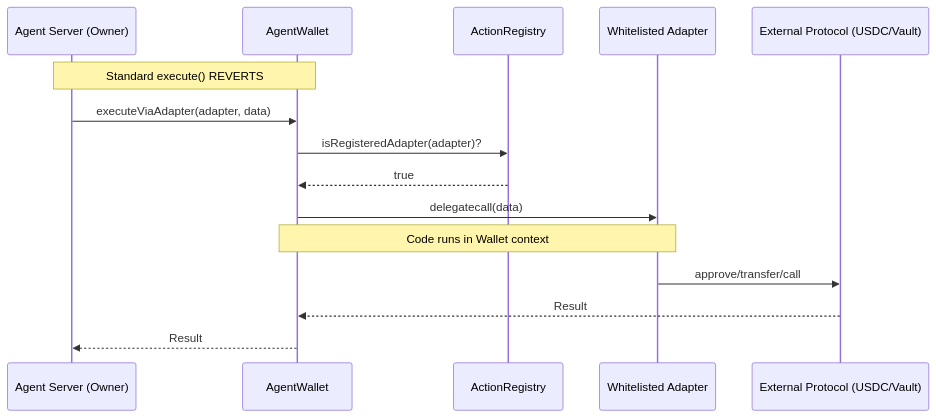
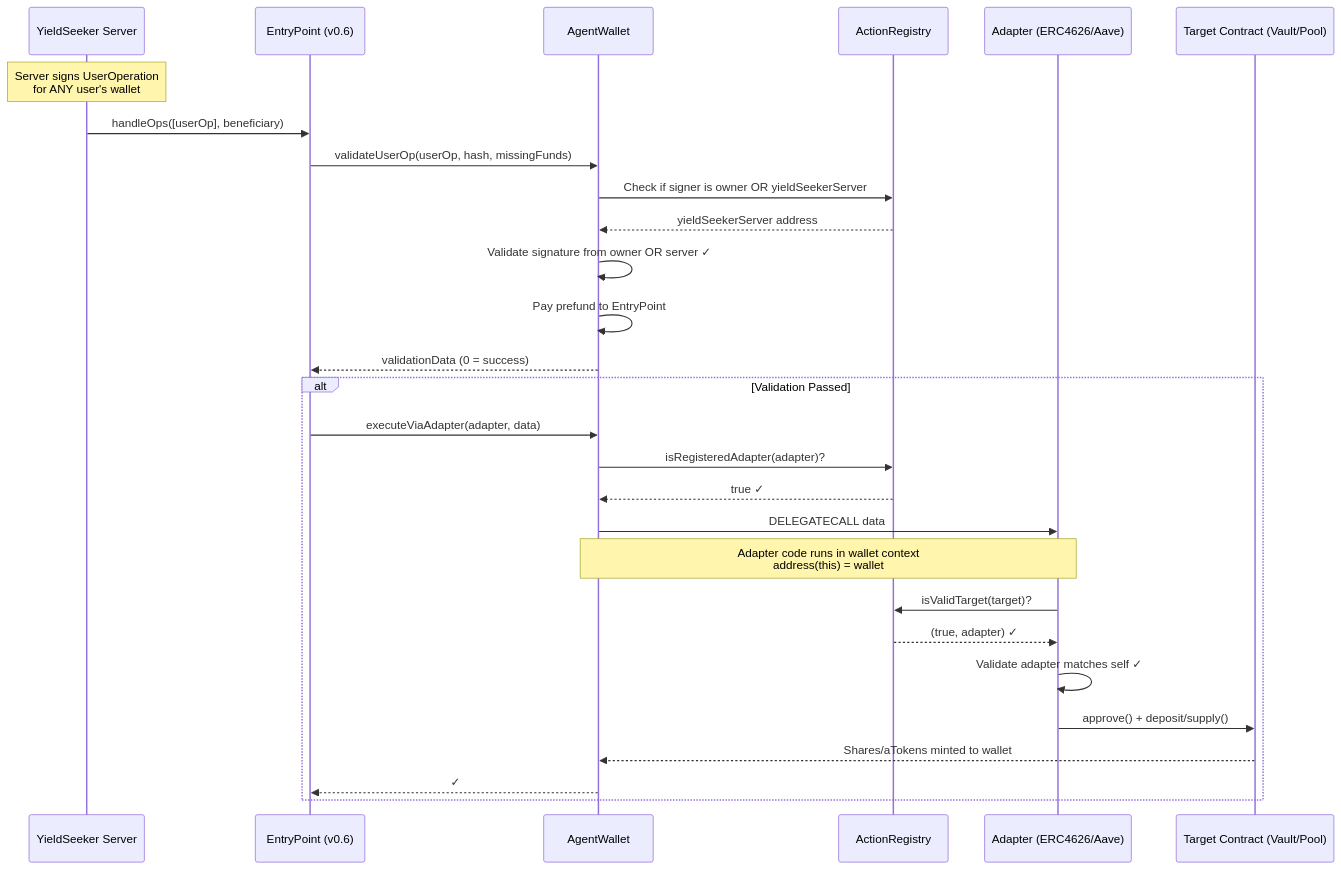
One commit to tokenpage/yieldseeker-contracts changed the first of 3 diagrams in blockchain4/README.md. Above: the diagram before and after it, drawn with Mermaid. The commit also changed other lines of this file, not shown here.

````diff
--- a/blockchain4/README.md
+++ b/blockchain4/README.md
@@ -31,19 +74,33 @@
 ```mermaid
 sequenceDiagram
-    participant Server as Agent Server (Owner)
+    participant Server as YieldSeeker Server
+    participant EP as EntryPoint (v0.6)
     participant Wallet as AgentWallet
     participant Registry as ActionRegistry
-    participant Adapter as Whitelisted Adapter
-    participant Target as External Protocol (USDC/Vault)
+    participant Adapter as Adapter (ERC4626/Aave)
+    participant Target as Target Contract (Vault/Pool)
 
-    Note over Server, Wallet: Standard execute() REVERTS
+    Note over Server: Server signs UserOperation<br/>for ANY user's wallet
 
-    Server->>Wallet: executeViaAdapter(adapter, data)
-    Wallet->>Registry: isRegisteredAdapter(adapter)?
-    Registry-->>Wallet: true
-    Wallet->>Adapter: delegatecall(data)
-    Note over Wallet, Adapter: Code runs in Wallet context
-    Adapter->>Target: approve/transfer/call
-    Target-->>Wallet: Result
-    Wallet-->>Server: Result
+    Server->>EP: handleOps([userOp], beneficiary)
+    EP->>Wallet: validateUserOp(userOp, hash, missingFunds)
+    Wallet->>Registry: Check if signer is owner OR yieldSeekerServer
+    Registry-->>Wallet: yieldSeekerServer address
+    Wallet->>Wallet: Validate signature from owner OR server ✓
+    Wallet->>Wallet: Pay prefund to EntryPoint
+    Wallet-->>EP: validationData (0 = success)
+
+    alt Validation Passed
+        EP->>Wallet: executeViaAdapter(adapter, data)
+        Wallet->>Registry: isRegisteredAdapter(adapter)?
+        Registry-->>Wallet: true ✓
+        Wallet->>Adapter: DELEGATECALL data
+        Note over Wallet, Adapter: Adapter code runs in wallet context<br/>address(this) = wallet
+        Adapter->>Registry: isValidTarget(target)?
+        Registry-->>Adapter: (true, adapter) ✓
+        Adapter->>Adapter: Validate adapter matches self ✓
+        Adapter->>Target: approve() + deposit/supply()
+        Target-->>Wallet: Shares/aTokens minted to wallet
+        Wallet-->>EP: ✓
+    end
 ```
````
